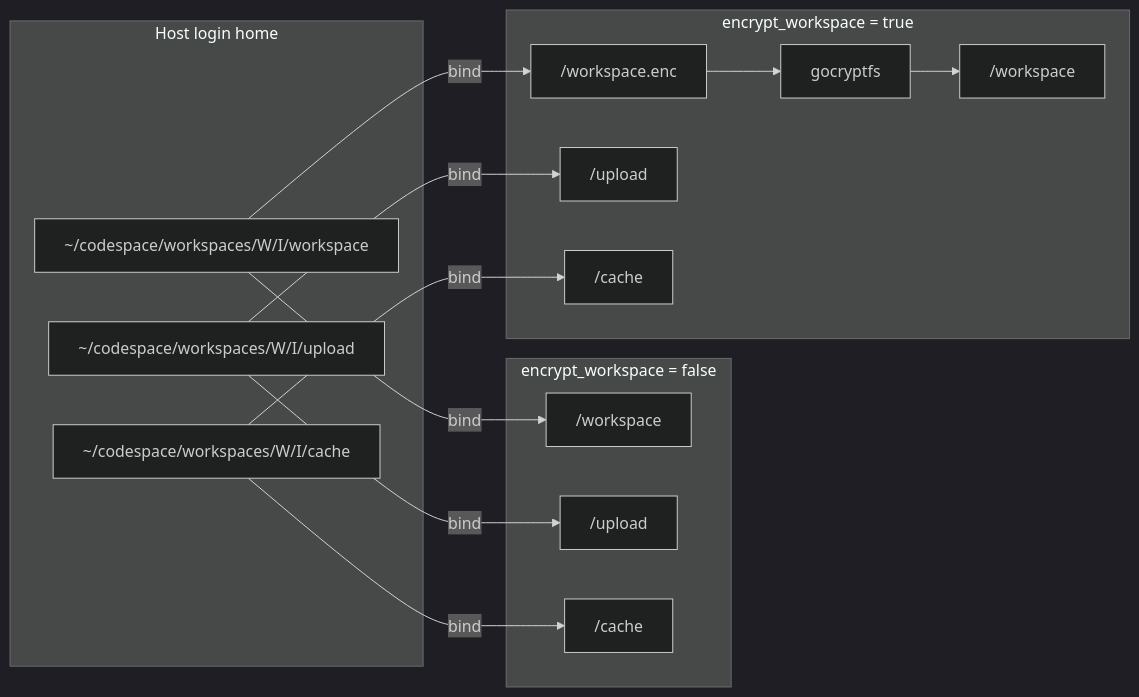
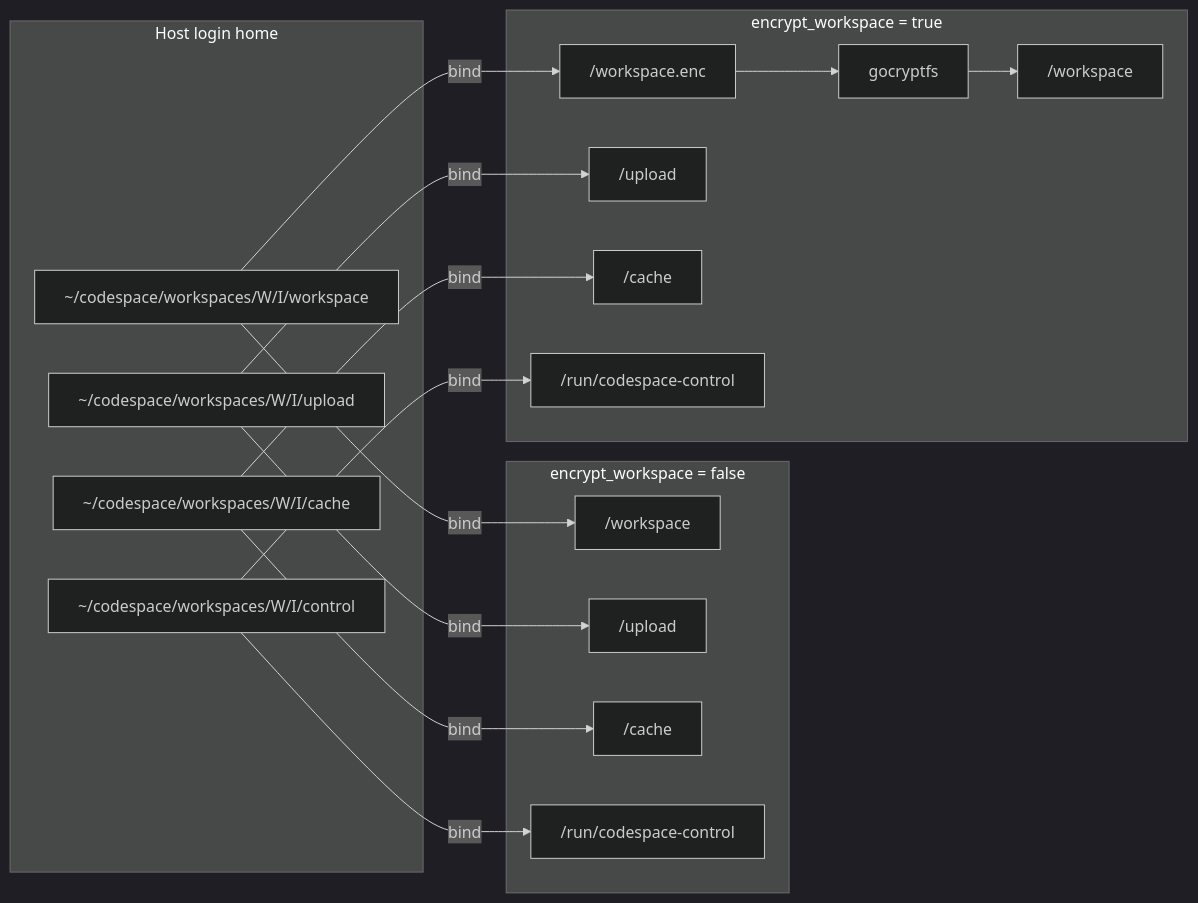
One commit to curoky/codespace changed the third of 9 diagrams in controller/DESIGN.md. Above: the diagram before and after it, drawn with Mermaid (dark theme). The commit also changed other lines of this file and 42 other files, not shown here.

````diff
--- a/controller/DESIGN.md
+++ b/controller/DESIGN.md
@@ -108,30 +113,35 @@
 ```mermaid
 flowchart LR
     subgraph Host["Host login home"]
         W["~/codespace/workspaces/W/I/workspace"]
         U["~/codespace/workspaces/W/I/upload"]
         C["~/codespace/workspaces/W/I/cache"]
+        X["~/codespace/workspaces/W/I/control"]
     end
 
     subgraph Plain["encrypt_workspace = false"]
         PW["/workspace"]
         PU["/upload"]
         PC["/cache"]
+        PX["/run/codespace-control"]
     end
 
     subgraph Encrypted["encrypt_workspace = true"]
         EW["/workspace.enc"]
         G["gocryptfs"]
         EP["/workspace"]
         EU["/upload"]
         EC["/cache"]
+        EX["/run/codespace-control"]
         EW --> G --> EP
     end
 
     W -->|bind| PW
     U -->|bind| PU
     C -->|bind| PC
+    X -->|bind| PX
     W -->|bind| EW
     U -->|bind| EU
     C -->|bind| EC
+    X -->|bind| EX
 ```
````
